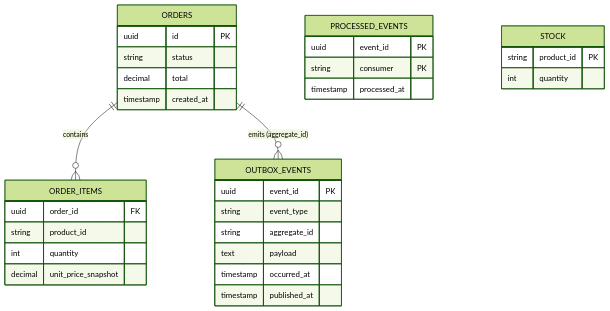
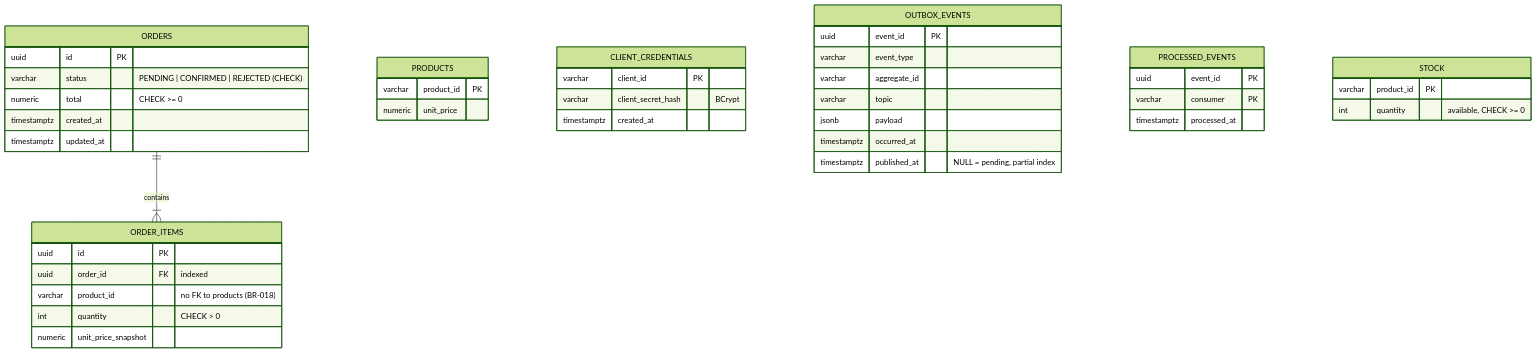
The sixth of 12 diagrams in docs/sdd.md (kaulinmindiola/Resilient-Order-Pipeline), drawn with Mermaid (forest theme) before and after one commit. The commit also changed other lines of this file, not shown here.

Commit message:
docs: align SDD with the implementation and add sequence diagrams

````diff
--- a/docs/sdd.md
+++ b/docs/sdd.md
@@ -357,34 +290,45 @@
 ```mermaid
 erDiagram
-    ORDERS ||--o{ ORDER_ITEMS : contains
-    ORDERS ||--o{ OUTBOX_EVENTS : "emits (aggregate_id)"
+    ORDERS ||--|{ ORDER_ITEMS : contains
     ORDERS {
         uuid id PK
-        string status
-        decimal total
-        timestamp created_at
+        varchar status "PENDING | CONFIRMED | REJECTED (CHECK)"
+        numeric total "CHECK >= 0"
+        timestamptz created_at
+        timestamptz updated_at
     }
     ORDER_ITEMS {
-        uuid order_id FK
-        string product_id
-        int quantity
-        decimal unit_price_snapshot
+        uuid id PK
+        uuid order_id FK "indexed"
+        varchar product_id "no FK to products (BR-018)"
+        int quantity "CHECK > 0"
+        numeric unit_price_snapshot
+    }
+    PRODUCTS {
+        varchar product_id PK
+        numeric unit_price
+    }
+    CLIENT_CREDENTIALS {
+        varchar client_id PK
+        varchar client_secret_hash "BCrypt"
+        timestamptz created_at
     }
     OUTBOX_EVENTS {
         uuid event_id PK
-        string event_type
-        string aggregate_id
-        text payload
-        timestamp occurred_at
-        timestamp published_at
+        varchar event_type
+        varchar aggregate_id
+        varchar topic
+        jsonb payload
+        timestamptz occurred_at
+        timestamptz published_at "NULL = pending, partial index"
     }
     PROCESSED_EVENTS {
         uuid event_id PK
-        string consumer PK
-        timestamp processed_at
+        varchar consumer PK
+        timestamptz processed_at
     }
     STOCK {
-        string product_id PK
-        int quantity
+        varchar product_id PK
+        int quantity "available, CHECK >= 0"
     }
 ```
````
